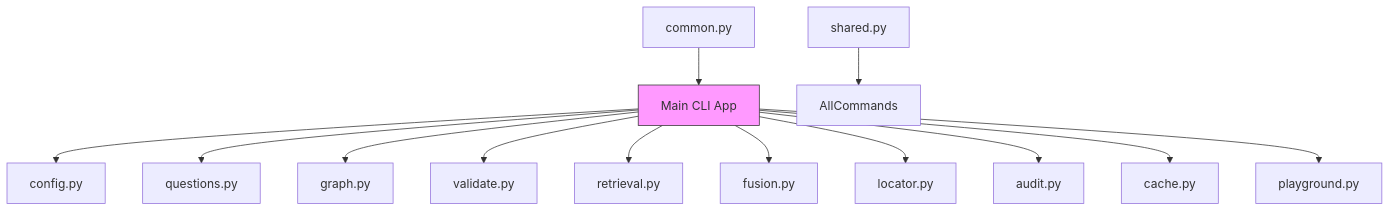
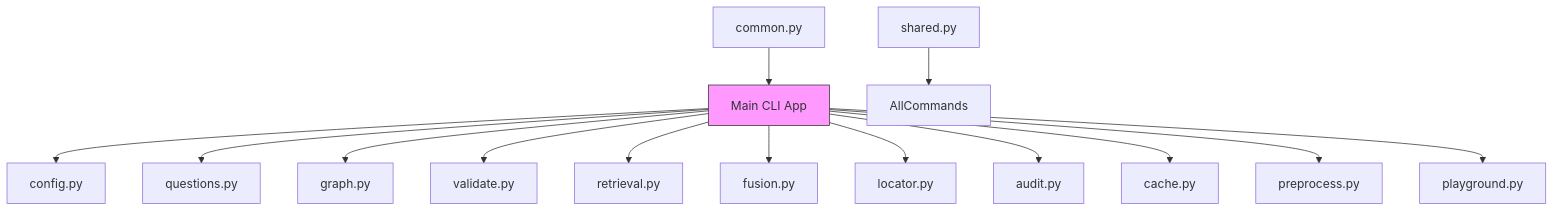
One commit to Younthing/eagent changed the diagram in docs/repowiki/en/content/Command Reference/Command Reference.md. Above: the diagram before and after it, drawn with Mermaid. The commit also changed other lines of this file and 6 other files, not shown here.

````diff
--- a/docs/repowiki/en/content/Command Reference/Command Reference.md
+++ b/docs/repowiki/en/content/Command Reference/Command Reference.md
@@ -58,16 +60,17 @@
 ```mermaid
 graph TD
 Main[Main CLI App] --> Config[config.py]
 Main --> Questions[questions.py]
 Main --> Graph[graph.py]
 Main --> Validate[validate.py]
 Main --> Retrieval[retrieval.py]
 Main --> Fusion[fusion.py]
 Main --> Locator[locator.py]
 Main --> Audit[audit.py]
 Main --> Cache[cache.py]
+Main --> Preprocess[preprocess.py]
 Main --> Playground[playground.py]
 Common[common.py] --> Main
 Shared[shared.py] --> AllCommands
 style Main fill:#f9f,stroke:#333
 ```
````
